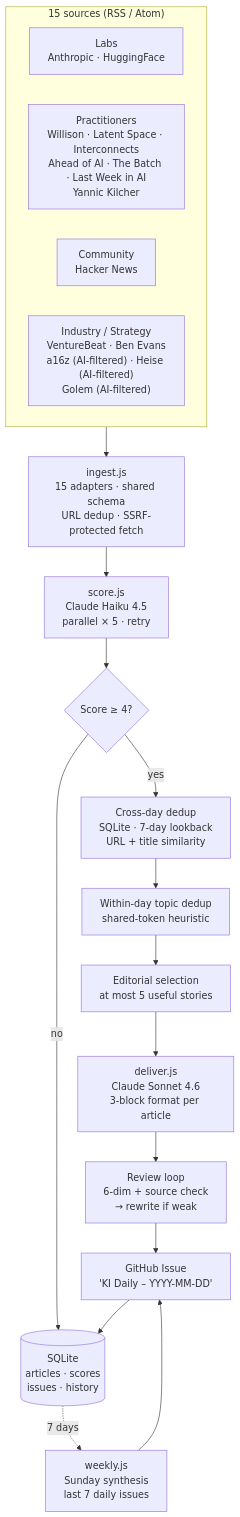
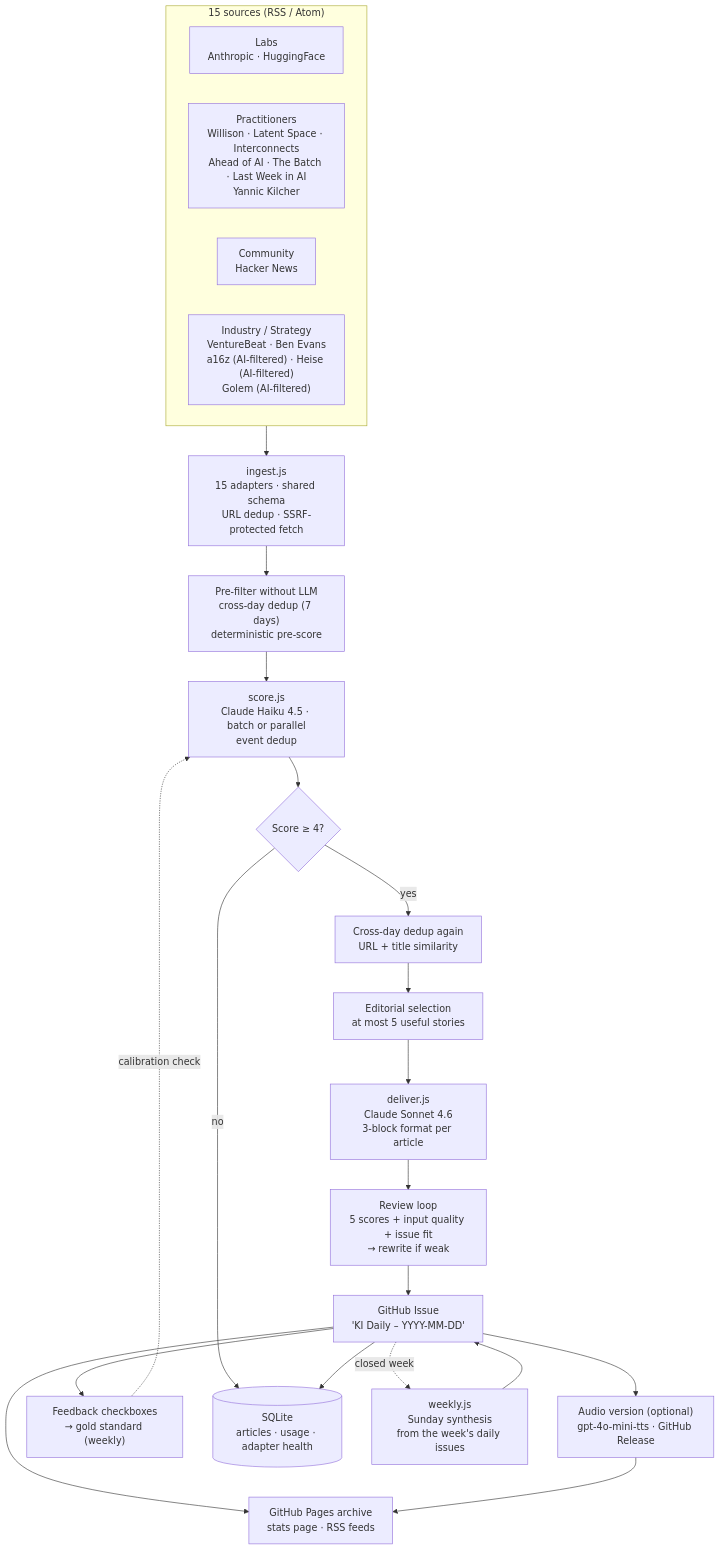
The diagram in README.md (kronprinzmagma/ki-news-aggregator), drawn with Mermaid before and after one commit. The commit also changed other lines of this file, not shown here.

````diff
--- a/README.md
+++ b/README.md
@@ -77,27 +77,33 @@
 ```mermaid
 flowchart TD
     subgraph Sources["15 sources (RSS / Atom)"]
         S1["Labs<br/>Anthropic · HuggingFace"]
         S2["Practitioners<br/>Willison · Latent Space · Interconnects<br/>Ahead of AI · The Batch · Last Week in AI<br/>Yannic Kilcher"]
         S3["Community<br/>Hacker News"]
         S4["Industry / Strategy<br/>VentureBeat · Ben Evans<br/>a16z (AI-filtered) · Heise (AI-filtered)<br/>Golem (AI-filtered)"]
     end
 
     Ingest["ingest.js<br/>15 adapters · shared schema<br/>URL dedup · SSRF-protected fetch"]
-    Score["score.js<br/>Claude Haiku 4.5<br/>parallel × 5 · retry"]
+    Pre["Pre-filter without LLM<br/>cross-day dedup (7 days)<br/>deterministic pre-score"]
+    Score["score.js<br/>Claude Haiku 4.5 · batch or parallel<br/>event dedup"]
     Filter{"Score ≥ 4?"}
-    XDay["Cross-day dedup<br/>SQLite · 7-day lookback<br/>URL + title similarity"]
-    Topic["Within-day topic dedup<br/>shared-token heuristic"]
+    XDay["Cross-day dedup again<br/>URL + title similarity"]
     Select["Editorial selection<br/>at most 5 useful stories"]
     Write["deliver.js<br/>Claude Sonnet 4.6<br/>3-block format per article"]
-    Review["Review loop<br/>6-dim + source check<br/>→ rewrite if weak"]
+    Review["Review loop<br/>5 scores + input quality + issue fit<br/>→ rewrite if weak"]
     Issue["GitHub Issue<br/>'KI Daily – YYYY-MM-DD'"]
-    Store[("SQLite<br/>articles · scores<br/>issues · history")]
-    Weekly["weekly.js<br/>Sunday synthesis<br/>last 7 daily issues"]
+    Archive["GitHub Pages archive<br/>stats page · RSS feeds"]
+    Audio["Audio version (optional)<br/>gpt-4o-mini-tts · GitHub Release"]
+    Feedback["Feedback checkboxes<br/>→ gold standard (weekly)"]
+    Store[("SQLite<br/>articles · usage · adapter health")]
+    Weekly["weekly.js<br/>Sunday synthesis<br/>from the week's daily issues"]
 
-    Sources --> Ingest --> Score --> Filter
-    Filter -- yes --> XDay --> Topic --> Select --> Write --> Review --> Issue
+    Sources --> Ingest --> Pre --> Score --> Filter
+    Filter -- yes --> XDay --> Select --> Write --> Review --> Issue
     Filter -- no --> Store
     Issue --> Store
-    Store -.7 days.-> Weekly --> Issue
+    Issue --> Archive
+    Issue --> Audio --> Archive
+        Issue --> Feedback -.calibration check.-> Score
+    Issue -.closed week.-> Weekly --> Issue
 ```
````
